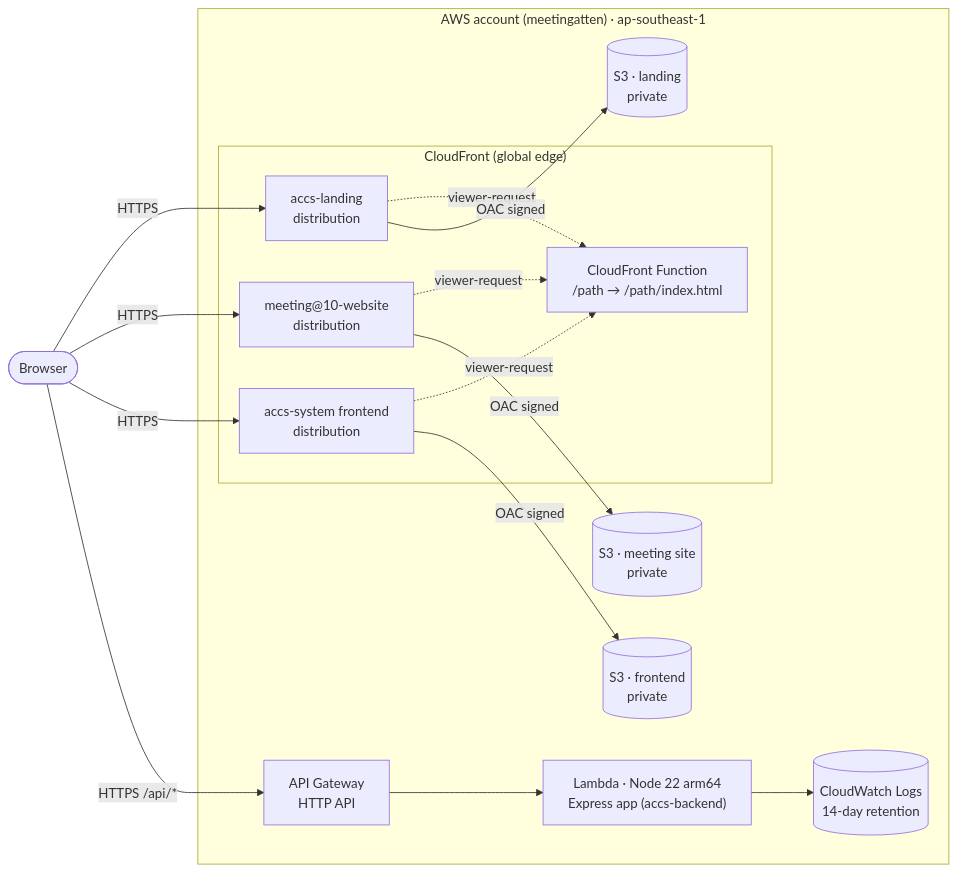
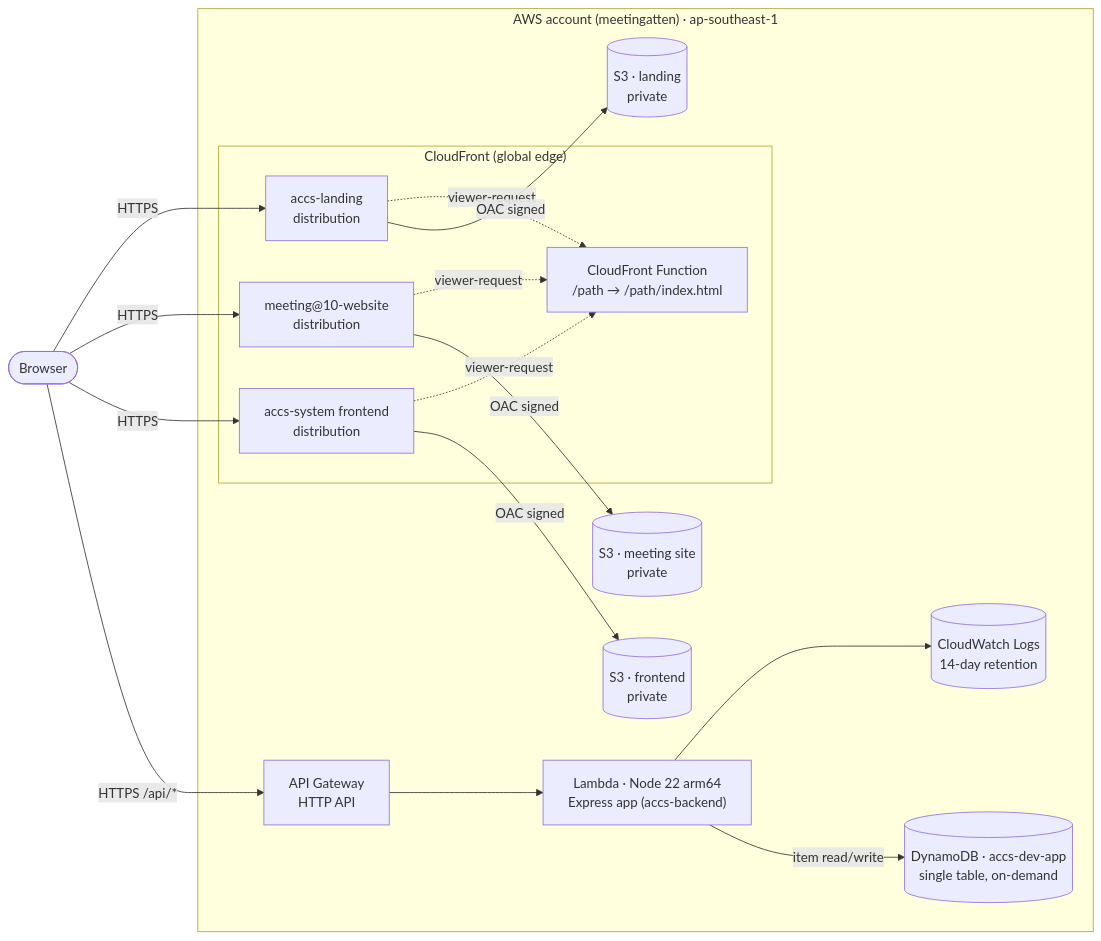
The first of 4 diagrams in README.md (MeetingAt10/accs-architecture), drawn with Mermaid before and after one commit. The commit also changed other lines of this file and 4 other files, not shown here.

First line of the commit message:
feat: add DynamoDB single-table app database

````diff
--- a/README.md
+++ b/README.md
@@ -22,28 +22,30 @@
 ```mermaid
 flowchart LR
   user([Browser])
 
   subgraph aws["AWS account (meetingatten) · ap-southeast-1"]
     subgraph edge["CloudFront (global edge)"]
       cfLanding["accs-landing<br/>distribution"]
       cfMeeting["meeting@10-website<br/>distribution"]
       cfApp["accs-system frontend<br/>distribution"]
       fn["CloudFront Function<br/>/path → /path/index.html"]
     end
 
     s3Landing[("S3 · landing<br/>private")]
     s3Meeting[("S3 · meeting site<br/>private")]
     s3App[("S3 · frontend<br/>private")]
 
     apigw["API Gateway<br/>HTTP API"]
     lambda["Lambda · Node 22 arm64<br/>Express app (accs-backend)"]
     logs[("CloudWatch Logs<br/>14-day retention")]
+    ddb[("DynamoDB · accs-dev-app<br/>single table, on-demand")]
   end
 
   user -->|HTTPS| cfLanding & cfMeeting & cfApp
   cfLanding & cfMeeting & cfApp -. viewer-request .-> fn
   cfLanding -->|OAC signed| s3Landing
   cfMeeting -->|OAC signed| s3Meeting
   cfApp -->|OAC signed| s3App
   user -->|HTTPS /api/*| apigw --> lambda --> logs
+  lambda -->|item read/write| ddb
 ```
````
